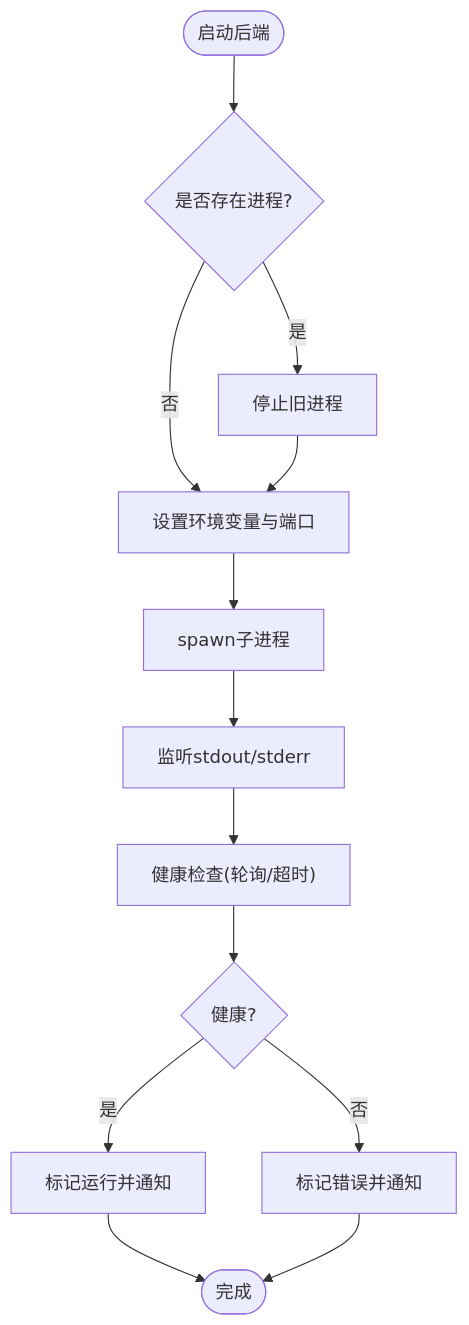
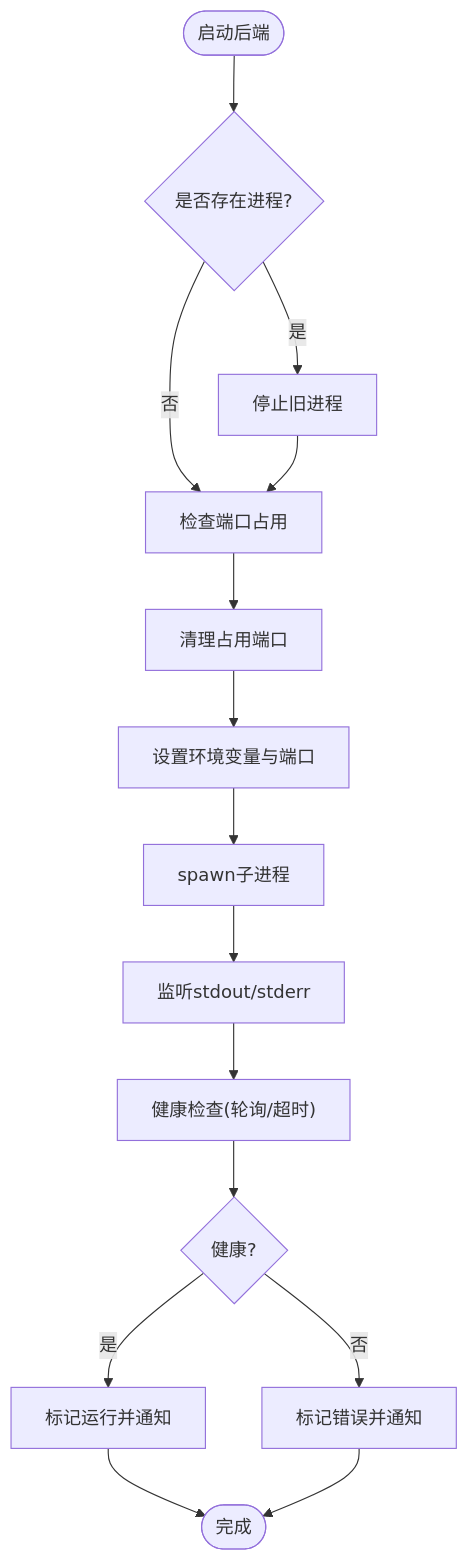
The third of 4 diagrams in .qoder/repowiki/zh/content/桌面应用开发/桌面应用开发.md (octsfm/InkTrace), drawn with Mermaid before and after one commit. The commit also changed other lines of this file and 25 other files, not shown here.

````diff
--- a/.qoder/repowiki/zh/content/桌面应用开发/桌面应用开发.md
+++ b/.qoder/repowiki/zh/content/桌面应用开发/桌面应用开发.md
@@ -197,15 +246,17 @@
 ```mermaid
 flowchart TD
 Start(["启动后端"]) --> CheckProc{"是否存在进程?"}
 CheckProc --> |是| StopOld["停止旧进程"]
-CheckProc --> |否| SetEnv["设置环境变量与端口"]
-StopOld --> SetEnv
+CheckProc --> |否| PortCheck["检查端口占用"]
+StopOld --> PortCheck
+PortCheck --> FreePort["清理占用端口"]
+FreePort --> SetEnv["设置环境变量与端口"]
 SetEnv --> Spawn["spawn子进程"]
 Spawn --> LogStdout["监听stdout/stderr"]
 LogStdout --> HealthCheck["健康检查(轮询/超时)"]
 HealthCheck --> Running{"健康?"}
 Running --> |是| NotifyRun["标记运行并通知"]
 Running --> |否| NotifyErr["标记错误并通知"]
 NotifyRun --> End(["完成"])
 NotifyErr --> End
 ```
````
